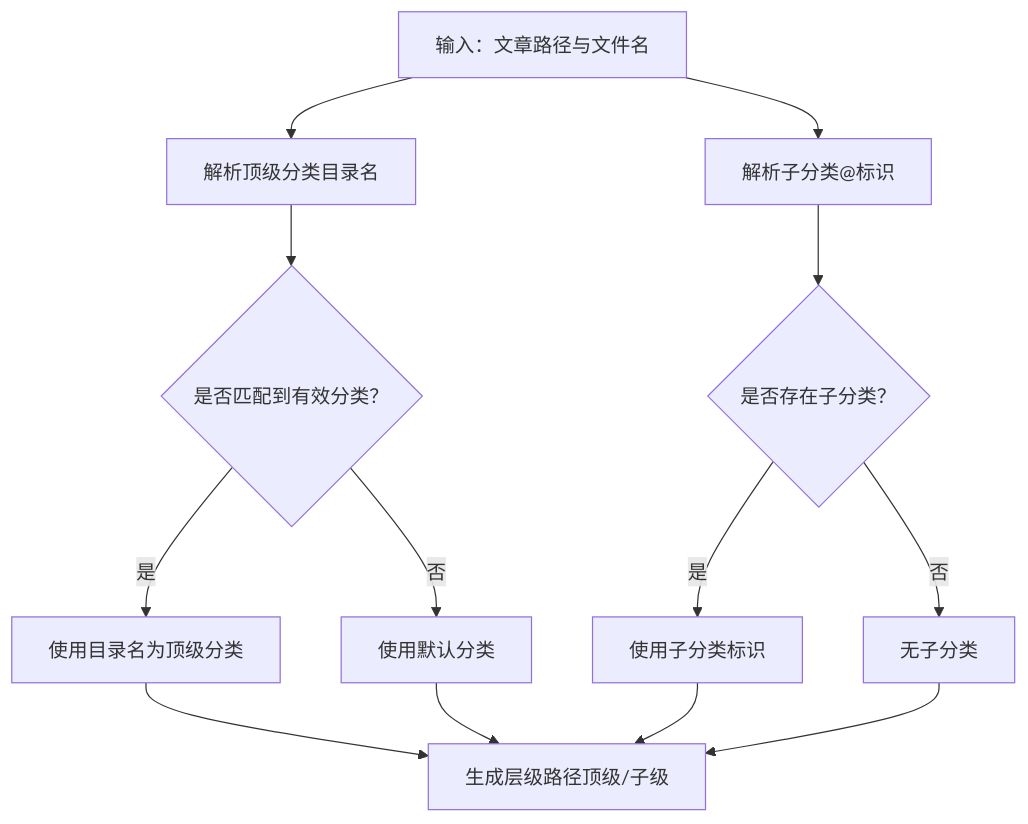
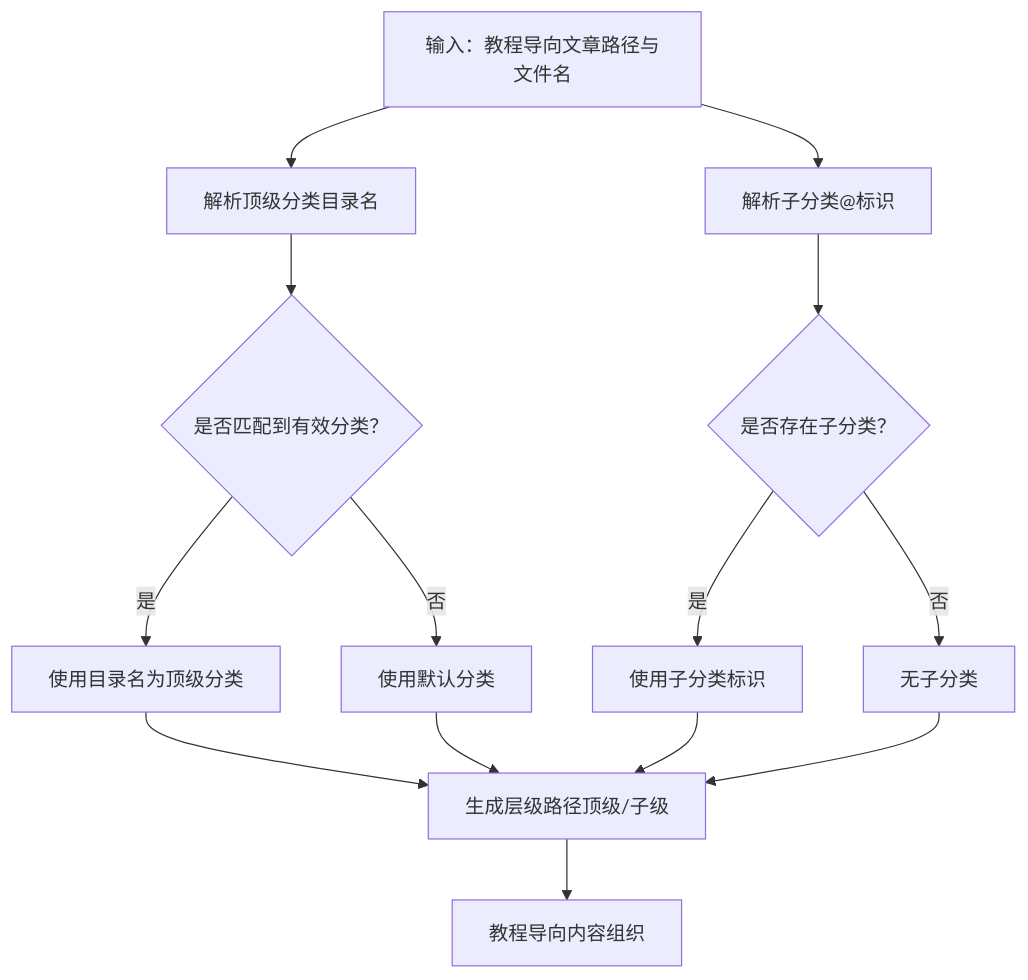
The third of 8 diagrams in .qoder/repowiki/zh/content/内容管理系统/内容组织结构.md (FXnadu/rainyNight-11ty), drawn with Mermaid before and after one commit. The commit also changed other lines of this file and 79 other files, not shown here.

````diff
--- a/.qoder/repowiki/zh/content/内容管理系统/内容组织结构.md
+++ b/.qoder/repowiki/zh/content/内容管理系统/内容组织结构.md
@@ -151,15 +174,16 @@
 ```mermaid
 flowchart TD
-A["输入：文章路径与文件名"] --> B["解析顶级分类目录名"]
+A["输入：教程导向文章路径与文件名"] --> B["解析顶级分类目录名"]
 B --> C{"是否匹配到有效分类？"}
 C --> |是| D["使用目录名为顶级分类"]
 C --> |否| E["使用默认分类"]
 A --> F["解析子分类@标识"]
 F --> G{"是否存在子分类？"}
 G --> |是| H["使用子分类标识"]
 G --> |否| I["无子分类"]
 D --> J["生成层级路径顶级/子级"]
 E --> J
 H --> J
 I --> J
+J --> K["教程导向内容组织"]
 ```
````
